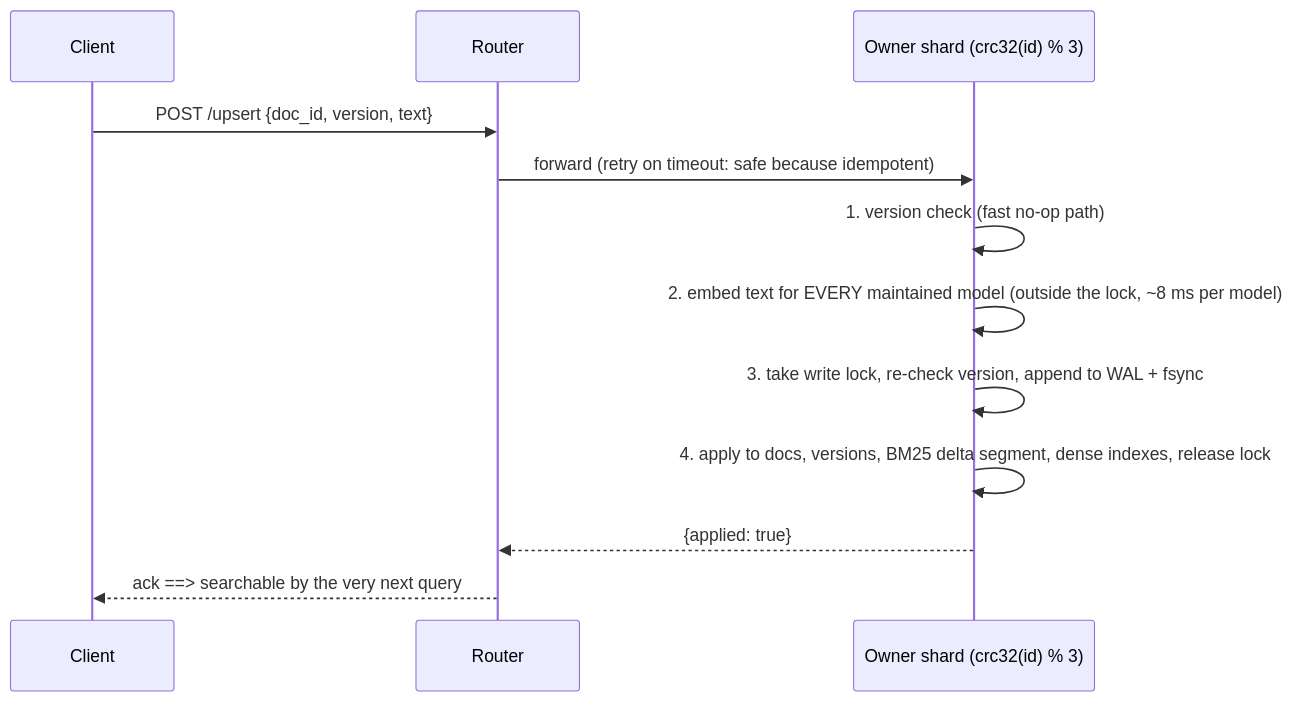
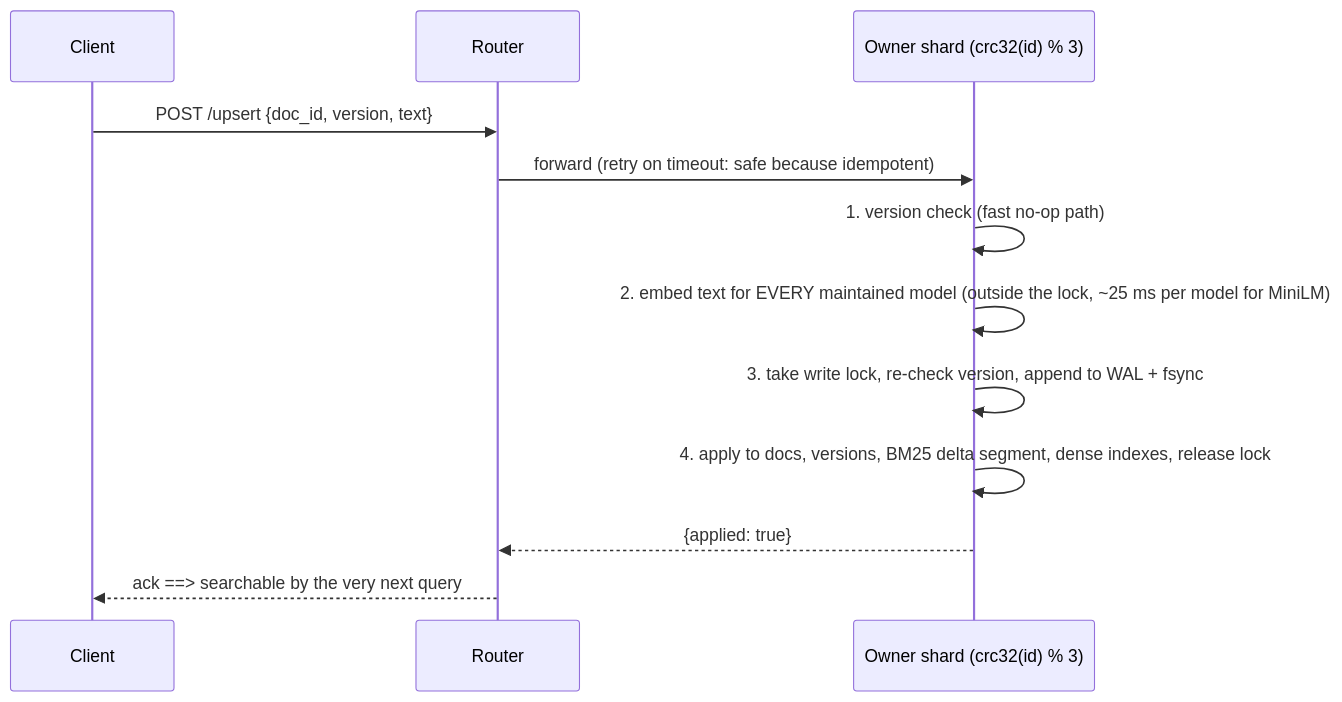
Before and after one commit to node31/fiqa-agentic-retrieval: the first of 2 diagrams in docs/09_live_updates_consistency.md, drawn with Mermaid. The commit also changed other lines of this file and 1 other file, not shown here.

Commit message:
docs/09: cover both write modes (sync and async): table, diagrams, back-pressure, guarantees, load numbers, pitfalls

````diff
--- a/docs/09_live_updates_consistency.md
+++ b/docs/09_live_updates_consistency.md
@@ -26,14 +48,14 @@
 ```mermaid
 sequenceDiagram
   participant C as Client
   participant R as Router
   participant S as Owner shard (crc32(id) % 3)
   C->>R: POST /upsert {doc_id, version, text}
   R->>S: forward (retry on timeout: safe because idempotent)
   S->>S: 1. version check (fast no-op path)
-  S->>S: 2. embed text for EVERY maintained model (outside the lock, ~8 ms per model)
+  S->>S: 2. embed text for EVERY maintained model (outside the lock, ~25 ms per model for MiniLM)
   S->>S: 3. take write lock, re-check version, append to WAL + fsync
   S->>S: 4. apply to docs, versions, BM25 delta segment, dense indexes, release lock
   S-->>R: {applied: true}
   R-->>C: ack  ==> searchable by the very next query
 ```
````
